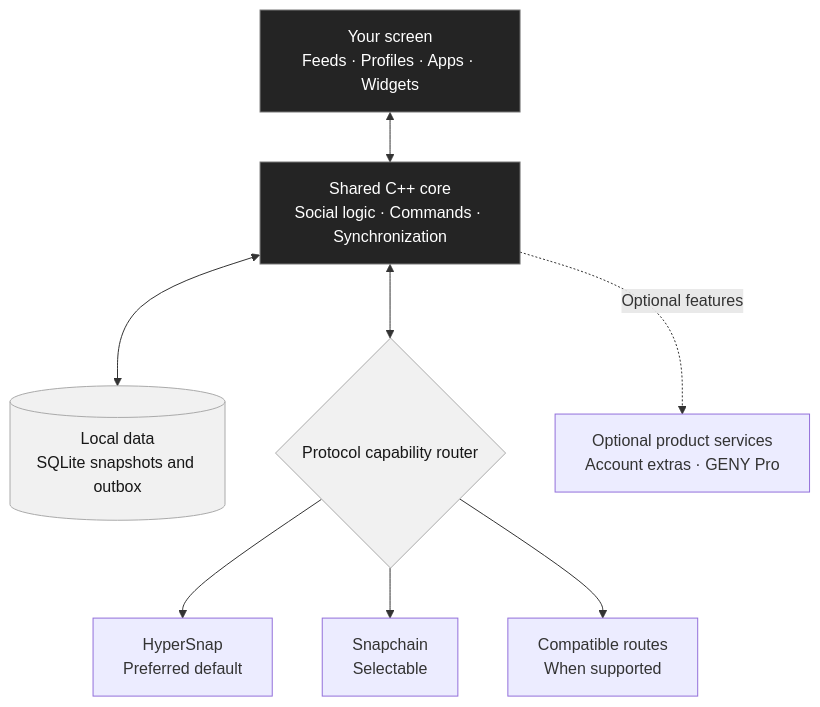
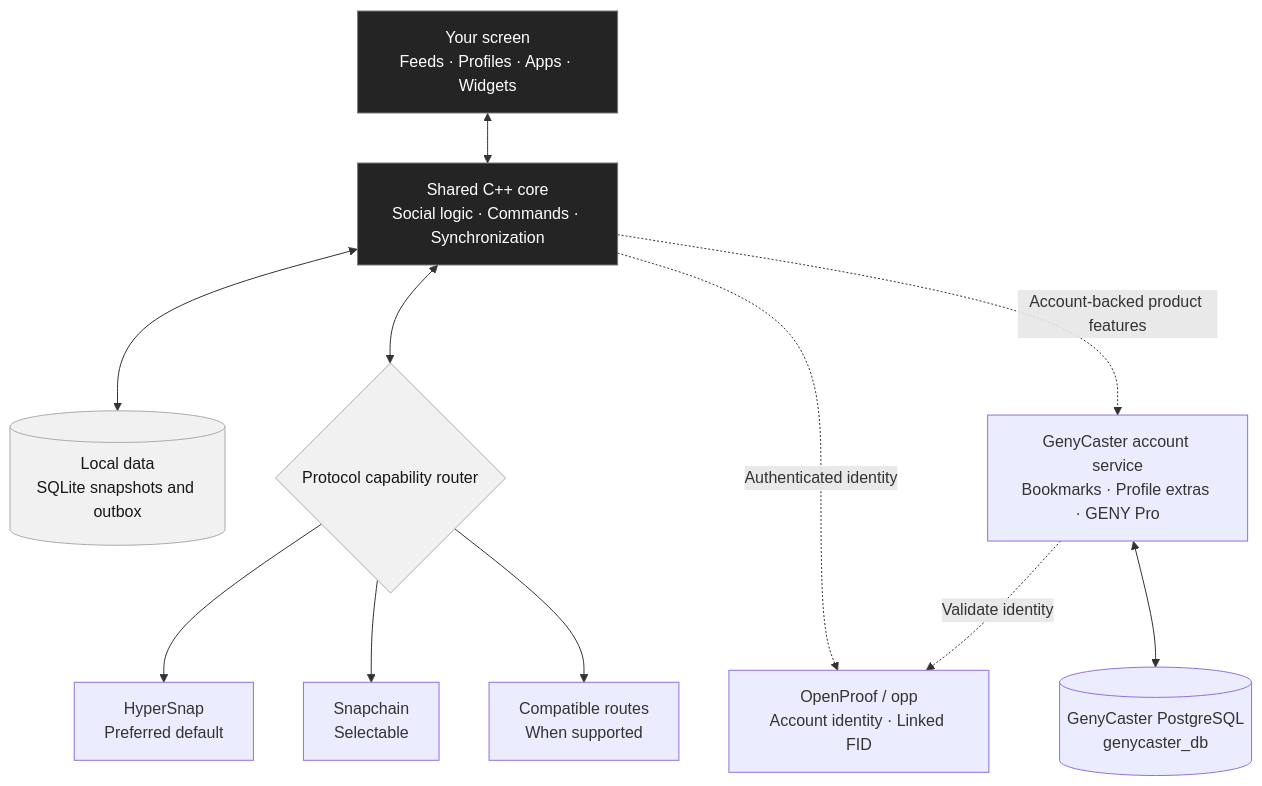
One commit to genyleap/genycaster changed the diagram in README.md. Above: the diagram before and after it, drawn with Mermaid. The commit also changed other lines of this file and 56 other files, not shown here.

Commit message:
refactor(packaging): separate platform properties and document OpenProof services

````diff
--- a/README.md
+++ b/README.md
@@ -36,24 +38,29 @@
 ```mermaid
 flowchart TB
     PEOPLE["Your screen<br/>Feeds · Profiles · Apps · Widgets"]
     CORE["Shared C++ core<br/>Social logic · Commands · Synchronization"]
     CACHE[("Local data<br/>SQLite snapshots and outbox")]
     ROUTER{"Protocol capability router"}
     HYPER["HyperSnap<br/>Preferred default"]
     SNAP["Snapchain<br/>Selectable"]
     OTHER["Compatible routes<br/>When supported"]
-    EXTRA["Optional product services<br/>Account extras · GENY Pro"]
+    IDENTITY["OpenProof / opp<br/>Account identity · Linked FID"]
+    EXTRA["GenyCaster account service<br/>Bookmarks · Profile extras · GENY Pro"]
+    ACCOUNTDB[("GenyCaster PostgreSQL<br/>genycaster_db")]
 
     PEOPLE <--> CORE
     CORE <--> CACHE
     CORE <--> ROUTER
     ROUTER --> HYPER
     ROUTER --> SNAP
     ROUTER --> OTHER
-    CORE -. "Optional features" .-> EXTRA
+    CORE -. "Authenticated identity" .-> IDENTITY
+    CORE -. "Account-backed product features" .-> EXTRA
+    EXTRA <--> ACCOUNTDB
+    EXTRA -. "Validate identity" .-> IDENTITY
 
     classDef main fill:#242424,color:#fff,stroke:#777;
     classDef neutral fill:#f1f1f1,color:#171717,stroke:#aaa;
     class PEOPLE,CORE main;
     class CACHE,ROUTER neutral;
 ```
````
